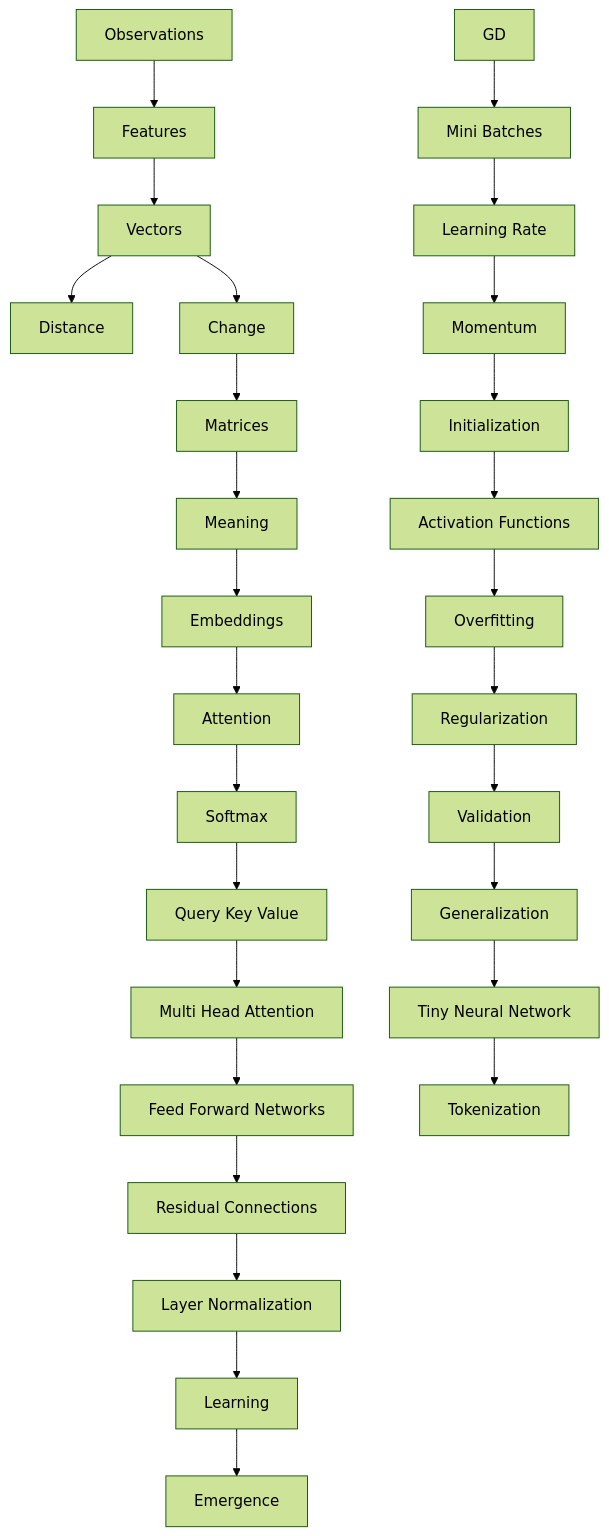
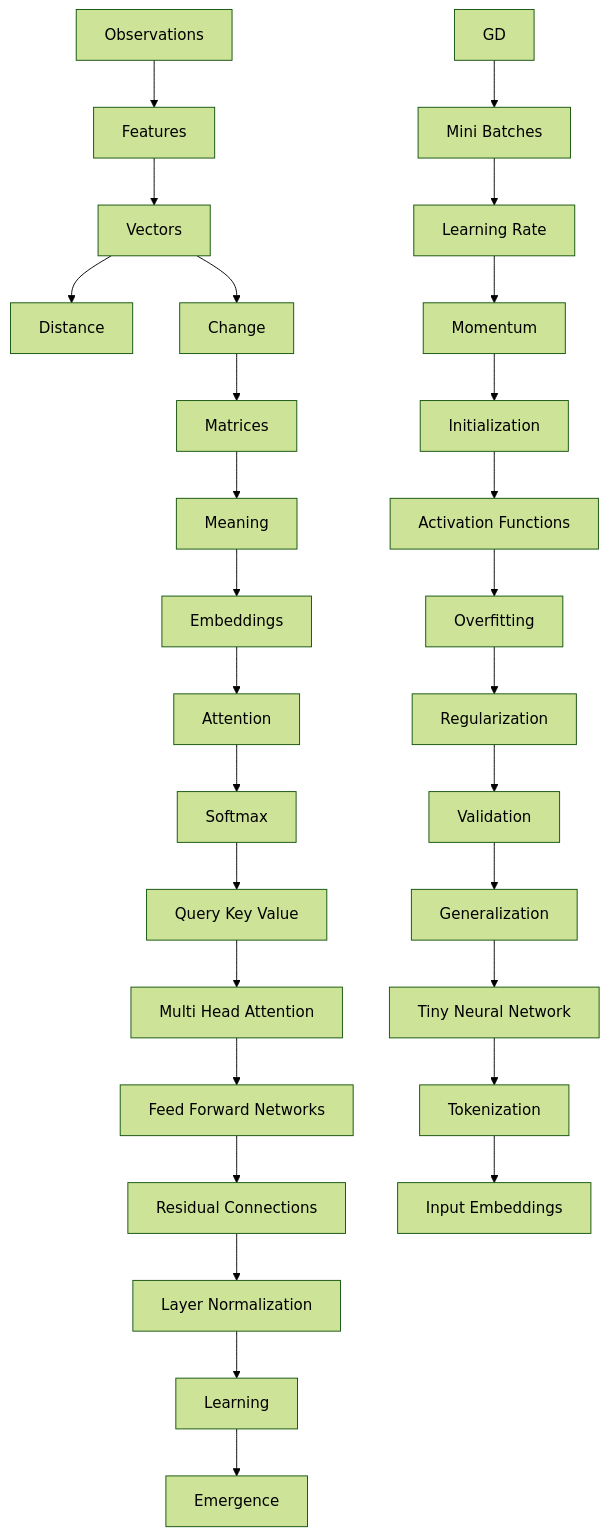
Before and after one commit to kleem-labs/AI-Archaeology: the diagram in DEPENDENCY_GRAPH.md, drawn with Mermaid (forest theme). The commit also changed 14 other files, not shown here.

```diff
--- a/DEPENDENCY_GRAPH.md
+++ b/DEPENDENCY_GRAPH.md
@@ -3,13 +3,13 @@
 ~~~mermaid
 flowchart TD
  O[Observations] --> F[Features] --> V[Vectors] --> D[Distance]
  V --> C[Change] --> M[Matrices] --> ME[Meaning] --> E[Embeddings]
  E --> A[Attention] --> S[Softmax] --> Q[Query Key Value]
  Q --> H[Multi Head Attention] --> N[Feed Forward Networks]
  N --> R[Residual Connections] --> L[Layer Normalization]
  L --> T[Learning] --> EM[Emergence]
  GD --> MB[Mini Batches] --> LR[Learning Rate] --> MO[Momentum]
  MO --> IN[Initialization] --> AF[Activation Functions] --> OV[Overfitting]
  OV --> RE[Regularization] --> VA[Validation] --> GE[Generalization]
- GE --> TN[Tiny Neural Network] --> TO[Tokenization]
+ GE --> TN[Tiny Neural Network] --> TO[Tokenization] --> IE[Input Embeddings]
 ~~~
```
